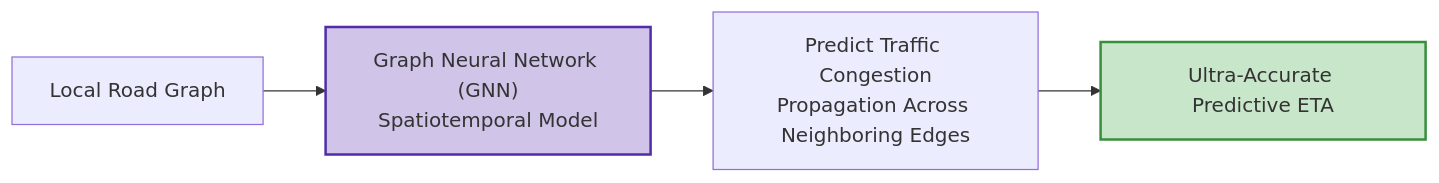
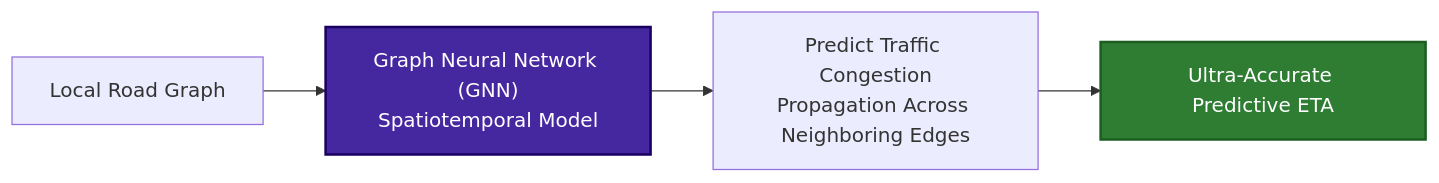
One commit to riyaz-pasha/Learnings changed diagram 14 of 20 in system-design/HLD/0-course/28-Design Google Maps-FAANG-Guide-story.md. Above: the diagram before and after it, drawn with Mermaid. The commit also changed other lines of this file and 1 other file, not shown here.

First line of the commit message:
[HLD] Make Google Maps guide mermaid diagram colors theme-safe

````diff
--- a/system-design/HLD/0-course/28-Design Google Maps-FAANG-Guide-story.md
+++ b/system-design/HLD/0-course/28-Design Google Maps-FAANG-Guide-story.md
@@ -748,9 +748,9 @@
 ```mermaid
 flowchart LR
     SubGraph["Local Road Graph"] --> GNN["Graph Neural Network (GNN)<br/>Spatiotemporal Model"]
     GNN --> TrafficProp["Predict Traffic Congestion<br/>Propagation Across Neighboring Edges"]
     TrafficProp --> AccurateETA["Ultra-Accurate Predictive ETA"]
 
-    style GNN fill:#d1c4e9,stroke:#512da8,stroke-width:2px
-    style AccurateETA fill:#c8e6c9,stroke:#388e3c,stroke-width:2px
+    style GNN fill:#4527a0,stroke:#1a0060,color:#ffffff,stroke-width:2px
+    style AccurateETA fill:#2e7d32,stroke:#1b5e20,color:#ffffff,stroke-width:2px
 ```
````
